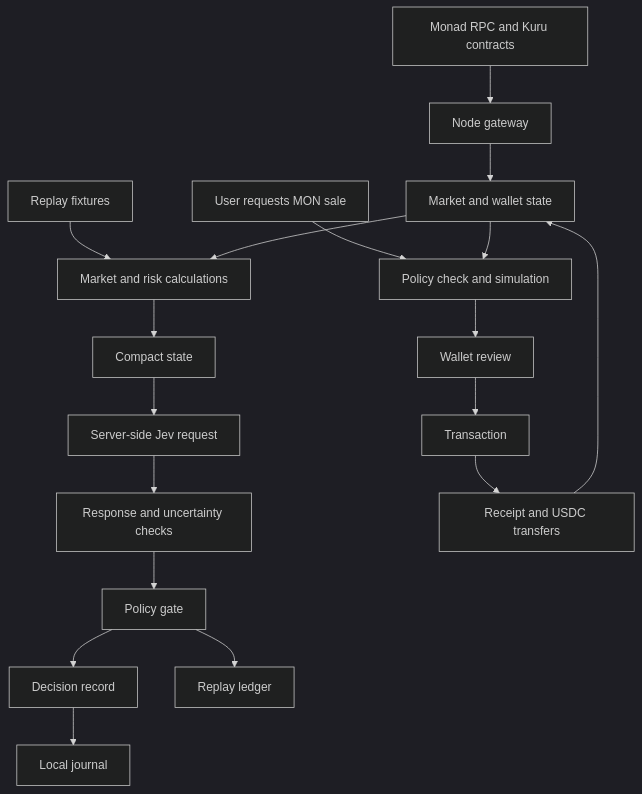
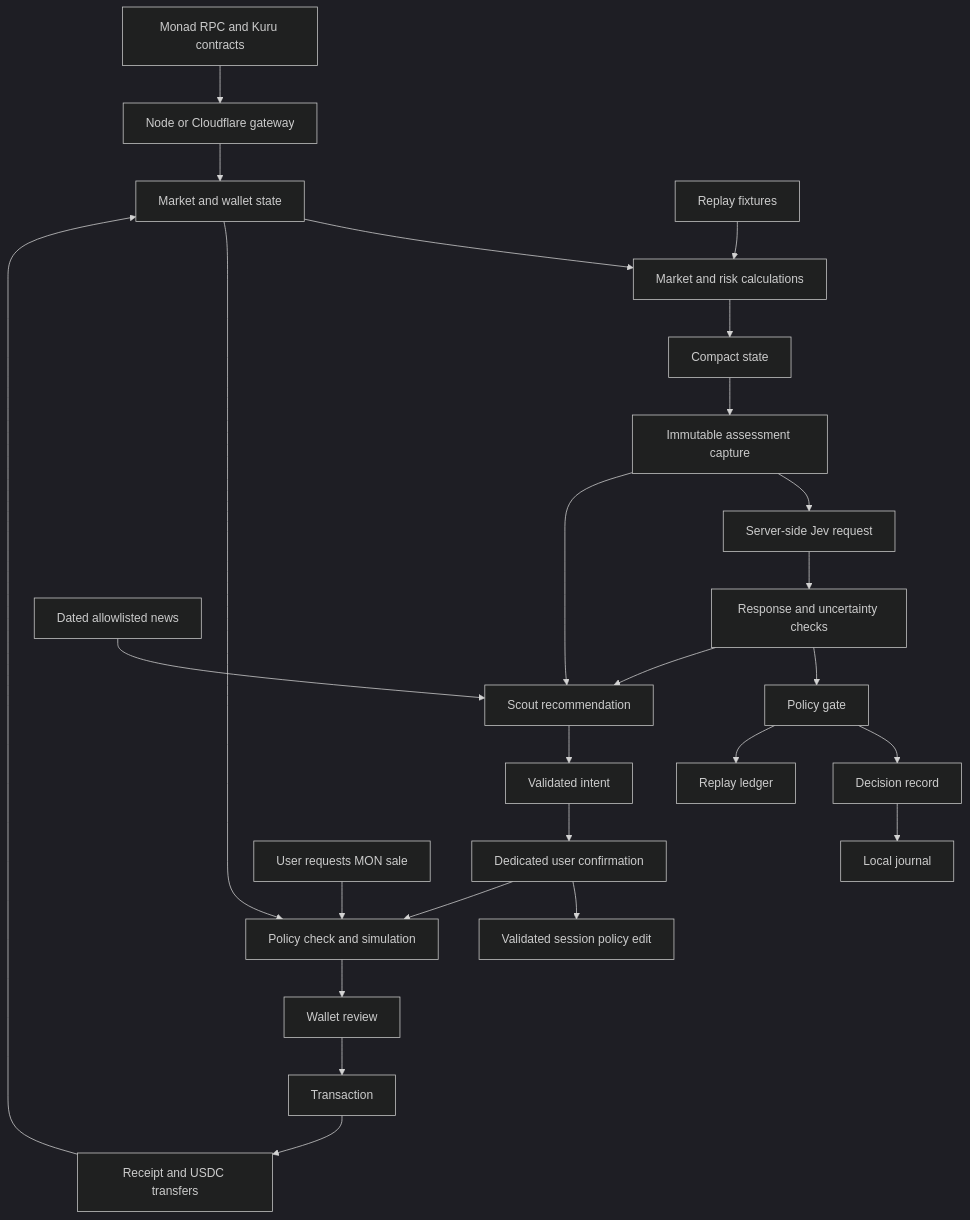
One commit to arnab013/AEGIS-Autonomous-Risk-Execution-Layer-on-Monad changed the diagram in docs/architecture.md. Above: the diagram before and after it, drawn with Mermaid (dark theme). The commit also changed other lines of this file and 68 other files, not shown here.

````diff
--- a/docs/architecture.md
+++ b/docs/architecture.md
@@ -5,20 +7,28 @@
 ```mermaid
 flowchart TD
-  RPC[Monad RPC and Kuru contracts] --> Gateway[Node gateway]
+  RPC[Monad RPC and Kuru contracts] --> Gateway[Node or Cloudflare gateway]
   Gateway --> Live[Market and wallet state]
   Fixtures[Replay fixtures] --> Math[Market and risk calculations]
   Live --> Math
   Math --> State[Compact state]
-  State --> Model[Server-side Jev request]
+  State --> Capture[Immutable assessment capture]
+  Capture --> Model[Server-side Jev request]
   Model --> Validate[Response and uncertainty checks]
   Validate --> Gate[Policy gate]
+  Validate --> Scout[Scout recommendation]
+  Capture --> Scout
+  News[Dated allowlisted news] --> Scout
+  Scout --> Intent[Validated intent]
+  Intent --> Confirm[Dedicated user confirmation]
+  Confirm --> Policy[Validated session policy edit]
   Gate --> Evidence[Decision record]
   Evidence --> Journal[Local journal]
   Gate --> Paper[Replay ledger]
   User[User requests MON sale] --> Prepare[Policy check and simulation]
+  Confirm --> Prepare
   Live --> Prepare
   Prepare --> Wallet[Wallet review]
   Wallet --> Chain[Transaction]
   Chain --> Receipt[Receipt and USDC transfers]
   Receipt --> Live
 ```
````
